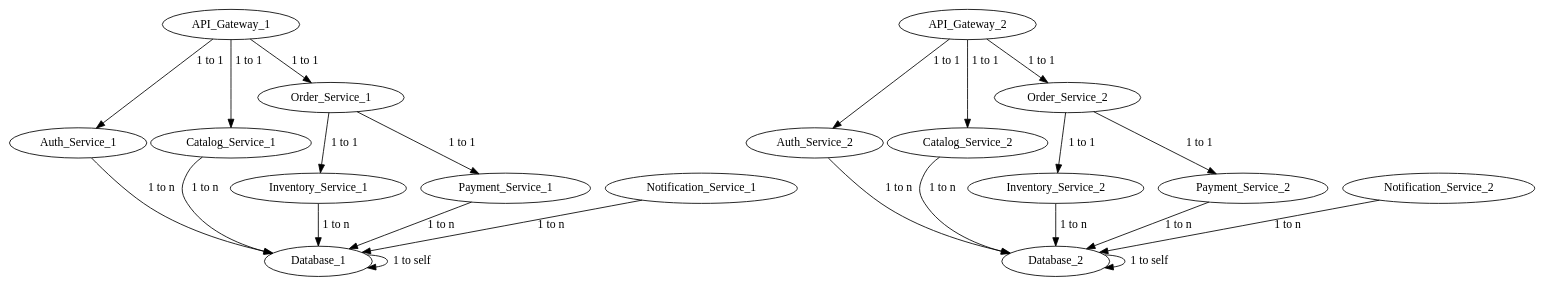
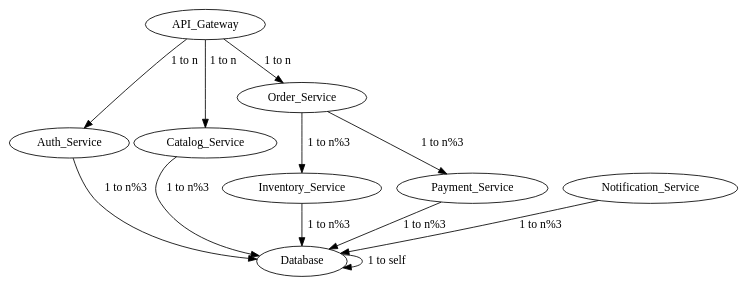
One commit to ChrisSteinbach/kauffman changed the diagram in examples/clustered.dot. Above: the diagram before and after it, drawn with Graphviz. The commit also changed 2 other files, not shown here.

```diff
--- a/examples/clustered.dot
+++ b/examples/clustered.dot
@@ -1,73 +1,40 @@
 digraph "" {
 	node [label="\N"];
-	APIGateway_1	[func="one(AuthService_1) & one(CatalogService_1) & one(OrderService_1)",
-		instances=2,
-		label=API_Gateway_1];
-	AuthService_1	[func=one,
-		instances=2,
-		label=Auth_Service_1];
-	APIGateway_1 -> AuthService_1	[label="1 to 1"];
-	CatalogService_1	[func=majority,
-		instances=2,
-		label=Catalog_Service_1];
-	APIGateway_1 -> CatalogService_1	[label="1 to 1"];
-	OrderService_1	[func="majority(OrderService_1) | one(NotificationService_1)",
+	APIGateway	[func="one(AuthService) & one(CatalogService) & one(OrderService)",
+		instances=1,
+		label=API_Gateway];
+	AuthService	[func=one,
 		instances=3,
-		label=Order_Service_1];
-	APIGateway_1 -> OrderService_1	[label="1 to 1"];
-	APIGateway_2	[func="one(AuthService_2) & one(CatalogService_2) & one(OrderService_2)",
-		instances=2,
-		label=API_Gateway_2];
-	AuthService_2	[func=one,
-		instances=2,
-		label=Auth_Service_2];
-	APIGateway_2 -> AuthService_2	[label="1 to 1"];
-	CatalogService_2	[func=majority,
-		instances=2,
-		label=Catalog_Service_2];
-	APIGateway_2 -> CatalogService_2	[label="1 to 1"];
-	OrderService_2	[func="majority(OrderService_2) | one(NotificationService_2)",
+		label=Auth_Service];
+	CatalogService	[func=majority,
 		instances=3,
-		label=Order_Service_2];
-	APIGateway_2 -> OrderService_2	[label="1 to 1"];
-	Database_1	[func=one,
-		instances=2,
-		label=Database_1];
-	AuthService_1 -> Database_1	[label="1 to n"];
-	Database_2	[func=one,
-		instances=2,
-		label=Database_2];
-	AuthService_2 -> Database_2	[label="1 to n"];
-	CatalogService_1 -> Database_1	[label="1 to n"];
-	CatalogService_2 -> Database_2	[label="1 to n"];
-	InventoryService_1	[func=one,
-		instances=2,
-		label=Inventory_Service_1];
-	OrderService_1 -> InventoryService_1	[label="1 to 1"];
-	PaymentService_1	[func=one,
-		instances=2,
-		label=Payment_Service_1];
-	OrderService_1 -> PaymentService_1	[label="1 to 1"];
-	InventoryService_2	[func=one,
-		instances=2,
-		label=Inventory_Service_2];
-	OrderService_2 -> InventoryService_2	[label="1 to 1"];
-	PaymentService_2	[func=one,
-		instances=2,
-		label=Payment_Service_2];
-	OrderService_2 -> PaymentService_2	[label="1 to 1"];
-	InventoryService_1 -> Database_1	[label="1 to n"];
-	InventoryService_2 -> Database_2	[label="1 to n"];
-	PaymentService_1 -> Database_1	[label="1 to n"];
-	PaymentService_2 -> Database_2	[label="1 to n"];
-	NotificationService_1	[func=one,
-		instances=2,
-		label=Notification_Service_1];
-	NotificationService_1 -> Database_1	[label="1 to n"];
-	NotificationService_2	[func=one,
-		instances=2,
-		label=Notification_Service_2];
-	NotificationService_2 -> Database_2	[label="1 to n"];
-	Database_1 -> Database_1	[label="1 to self"];
-	Database_2 -> Database_2	[label="1 to self"];
+		label=Catalog_Service];
+	OrderService	[func="majority(OrderService) | one(NotificationService)",
+		instances=3,
+		label=Order_Service];
+	Database	[func=one,
+		instances=9,
+		label=Database];
+	InventoryService	[func=one,
+		instances=3,
+		label=Inventory_Service];
+	PaymentService	[func=one,
+		instances=3,
+		label=Payment_Service];
+	NotificationService	[func=one,
+		instances=3,
+		label=Notification_Service];
+
+
+	APIGateway -> AuthService	[label="1 to n"];
+	APIGateway -> CatalogService	[label="1 to n"];
+	APIGateway -> OrderService	[label="1 to n"];
+	AuthService -> Database	[label="1 to n%3"];
+	CatalogService -> Database	[label="1 to n%3"];
+	OrderService -> InventoryService	[label="1 to n%3"];
+	OrderService -> PaymentService	[label="1 to n%3"];
+	InventoryService -> Database	[label="1 to n%3"];
+	PaymentService -> Database	[label="1 to n%3"];
+	NotificationService -> Database	[label="1 to n%3"];
+	Database -> Database	[label="1 to self"];
 }
```
